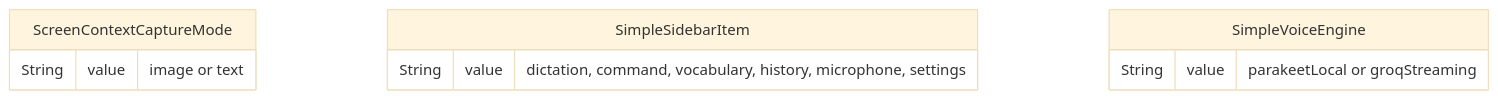
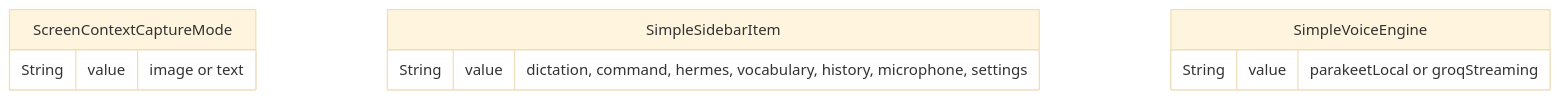
The seventh of 12 diagrams in datamodel.md (dkapo88/WonderWhisper-macOS), drawn with Mermaid (base theme) before and after one commit. The commit also changed other lines of this file and 8 other files, not shown here.

Commit message:
feat: add Hermes chat history and copy action

````diff
--- a/datamodel.md
+++ b/datamodel.md
@@ -233,14 +256,14 @@
 ```mermaid
 erDiagram
     ScreenContextCaptureMode {
         String value "image or text"
     }
     
     SimpleSidebarItem {
-        String value "dictation, command, vocabulary, history, microphone, settings"
+        String value "dictation, command, hermes, vocabulary, history, microphone, settings"
     }
     
     SimpleVoiceEngine {
         String value "parakeetLocal or groqStreaming"
     }
 ```
````
